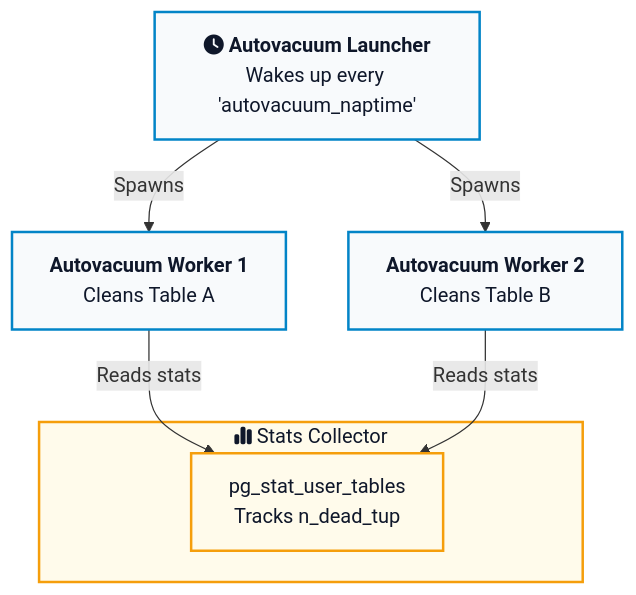
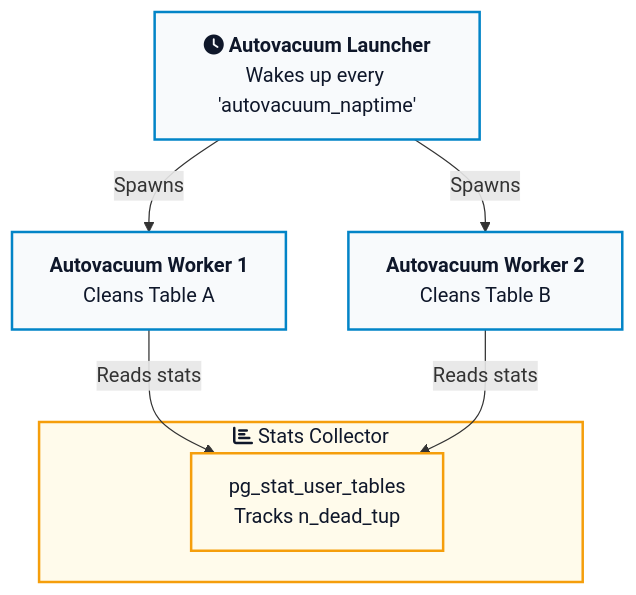
Before and after one commit to ajitsing/ajitsing.github.io: the third of 5 diagrams in _posts/2026-05-25-postgresql-mvcc-autovacuum.md, drawn with Mermaid. The commit also changed 16 other files, not shown here.

````diff
--- a/_posts/2026-05-25-postgresql-mvcc-autovacuum.md
+++ b/_posts/2026-05-25-postgresql-mvcc-autovacuum.md
@@ -235,18 +235,18 @@
 ```mermaid
 flowchart TD
     Launcher["fa:fa-clock <b>Autovacuum Launcher</b><br/>Wakes up every 'autovacuum_naptime'"]
     Launcher -->|Spawns| Worker1["<b>Autovacuum Worker 1</b><br/>Cleans Table A"]
     Launcher -->|Spawns| Worker2["<b>Autovacuum Worker 2</b><br/>Cleans Table B"]
     
-    subgraph Stats["fa:fa-chart-simple Stats Collector"]
+    subgraph Stats["fa:fa-chart-bar Stats Collector"]
         TableStats["pg_stat_user_tables<br/>Tracks n_dead_tup"]
     end
 
     Worker1 -->|Reads stats| TableStats
     Worker2 -->|Reads stats| TableStats
 
     classDef default fill:#f8fafc,stroke:#0284c7,stroke-width:2px,color:#0f172a
     classDef stats fill:#fffbeb,stroke:#f59e0b,stroke-width:2px,color:#0f172a
     class Launcher,Worker1,Worker2 default
     class Stats,TableStats stats
 ```
````
